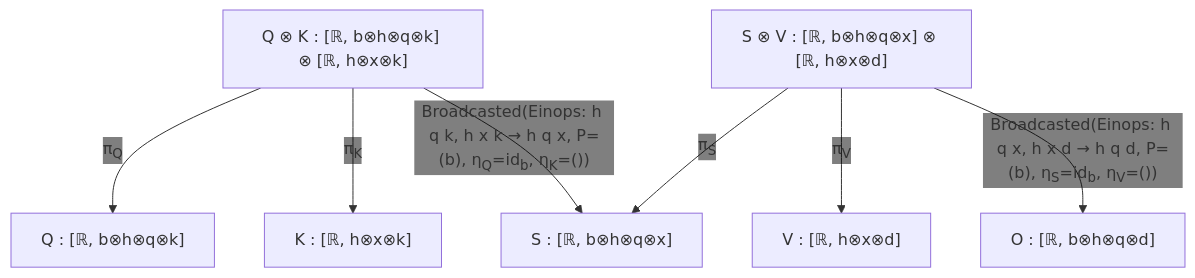
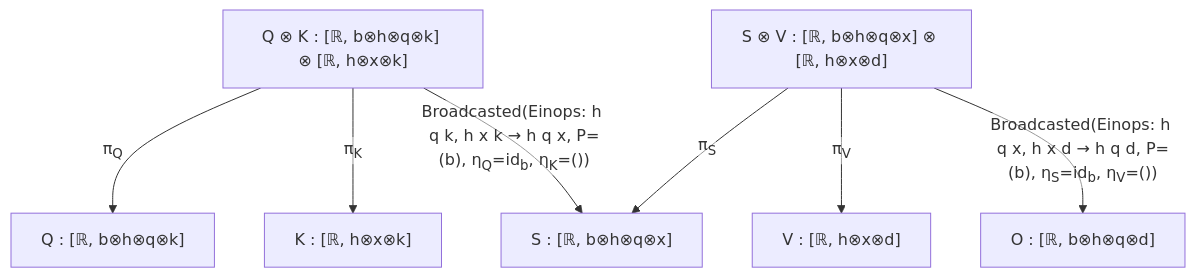
Before and after one commit to william-macready/pyncd: the diagram in papers/theory.md, drawn with Mermaid.

Commit message:
fixed mermaid

````diff
--- a/papers/theory.md
+++ b/papers/theory.md
@@ -1,19 +1,19 @@
 ```mermaid
-%%{init: {'themeVariables': {'edgeLabelBackground': 'transparent'}}}%%
+%%{init: {'theme': 'default', 'themeVariables': {'edgeLabelBackground': '#ffffff00'}}}%%
 graph TD
     QotK["Q ⊗ K : [ℝ, b⊗h⊗q⊗k] ⊗ [ℝ, h⊗x⊗k]"]
     Q["Q : [ℝ, b⊗h⊗q⊗k]"]
     K["K : [ℝ, h⊗x⊗k]"]
     V["V : [ℝ, h⊗x⊗d]"]
     S["S : [ℝ, b⊗h⊗q⊗x]"]
     SotV["S ⊗ V : [ℝ, b⊗h⊗q⊗x] ⊗ [ℝ, h⊗x⊗d]"]
     O["O : [ℝ, b⊗h⊗q⊗d]"]
 
     QotK -->|"π<sub>Q</sub>"| Q
     QotK -->|"π<sub>K</sub>"| K
     QotK -->|"Broadcasted(Einops: h q k, h x k → h q x, P=(b), η<sub>Q</sub>=id<sub>b</sub>, η<sub>K</sub>=())"| S
 
     SotV -->|"π<sub>S</sub>"| S
     SotV -->|"π<sub>V</sub>"| V
     SotV -->|"Broadcasted(Einops: h q x, h x d → h q d, P=(b), η<sub>S</sub>=id<sub>b</sub>, η<sub>V</sub>=())"| O
 ```
````
